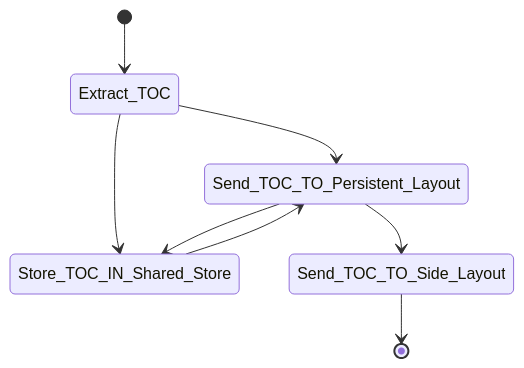
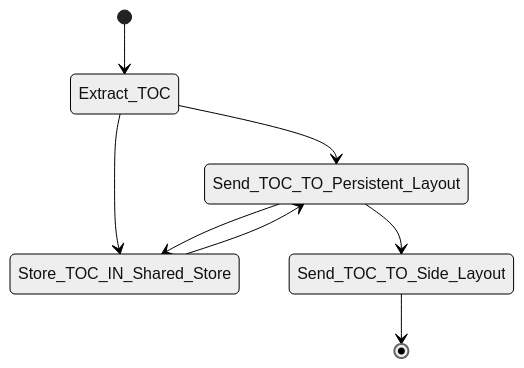
The diagram in src/articles/2023/2023-07-30-how-to-send-data-from-page-to-layout.md (voiceinthedark/personal-blog), drawn with Mermaid before and after one commit. The commit also changed other lines of this file and 5 other files, not shown here.

````diff
--- a/src/articles/2023/2023-07-30-how-to-send-data-from-page-to-layout.md
+++ b/src/articles/2023/2023-07-30-how-to-send-data-from-page-to-layout.md
@@ -116,10 +116,11 @@
 ```mermaid
+%%{init: {'theme': "neutral"}}%%
 stateDiagram-v2
     [*] --> Extract_TOC
     Extract_TOC --> Send_TOC_TO_Persistent_Layout
     Extract_TOC --> Store_TOC_IN_Shared_Store
     Send_TOC_TO_Persistent_Layout --> Store_TOC_IN_Shared_Store
     Store_TOC_IN_Shared_Store --> Send_TOC_TO_Persistent_Layout
     Send_TOC_TO_Persistent_Layout --> Send_TOC_TO_Side_Layout
     Send_TOC_TO_Side_Layout --> [*]
 ```
````
